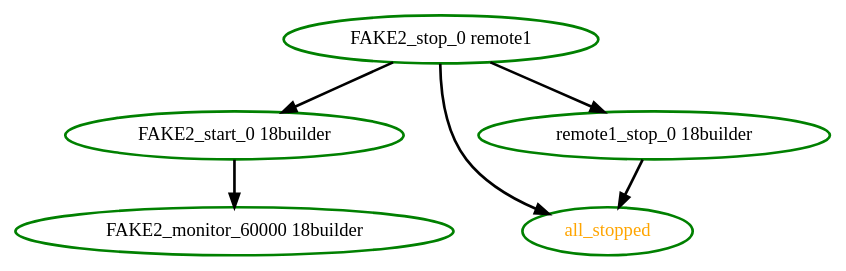
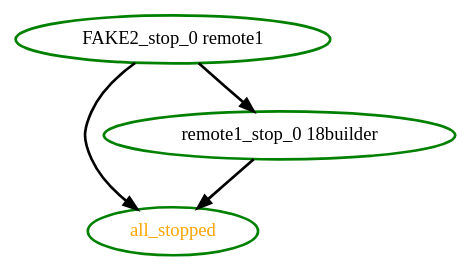
One commit to ClusterLabs/pacemaker changed the diagram in pengine/test10/remote-disable.dot. Above: the diagram before and after it, drawn with Graphviz. The commit also changed 9 other files, not shown here.

```diff
--- a/pengine/test10/remote-disable.dot
+++ b/pengine/test10/remote-disable.dot
@@ -1,12 +1,8 @@
  digraph "g" {
-"FAKE2_monitor_60000 18builder" [ style=bold color="green" fontcolor="black"]
-"FAKE2_start_0 18builder" -> "FAKE2_monitor_60000 18builder" [ style = bold]
-"FAKE2_start_0 18builder" [ style=bold color="green" fontcolor="black"]
-"FAKE2_stop_0 remote1" -> "FAKE2_start_0 18builder" [ style = bold]
 "FAKE2_stop_0 remote1" -> "all_stopped" [ style = bold]
 "FAKE2_stop_0 remote1" -> "remote1_stop_0 18builder" [ style = bold]
 "FAKE2_stop_0 remote1" [ style=bold color="green" fontcolor="black"]
 "all_stopped" [ style=bold color="green" fontcolor="orange"]
 "remote1_stop_0 18builder" -> "all_stopped" [ style = bold]
 "remote1_stop_0 18builder" [ style=bold color="green" fontcolor="black"]
 }
```
